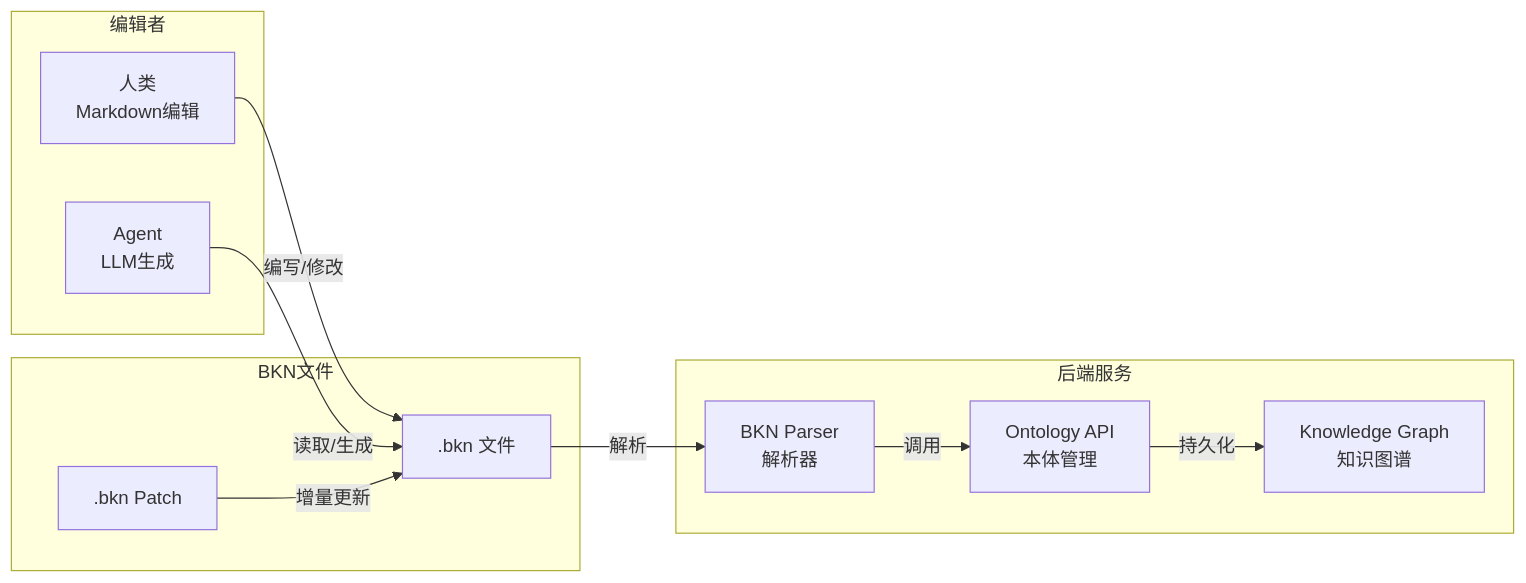
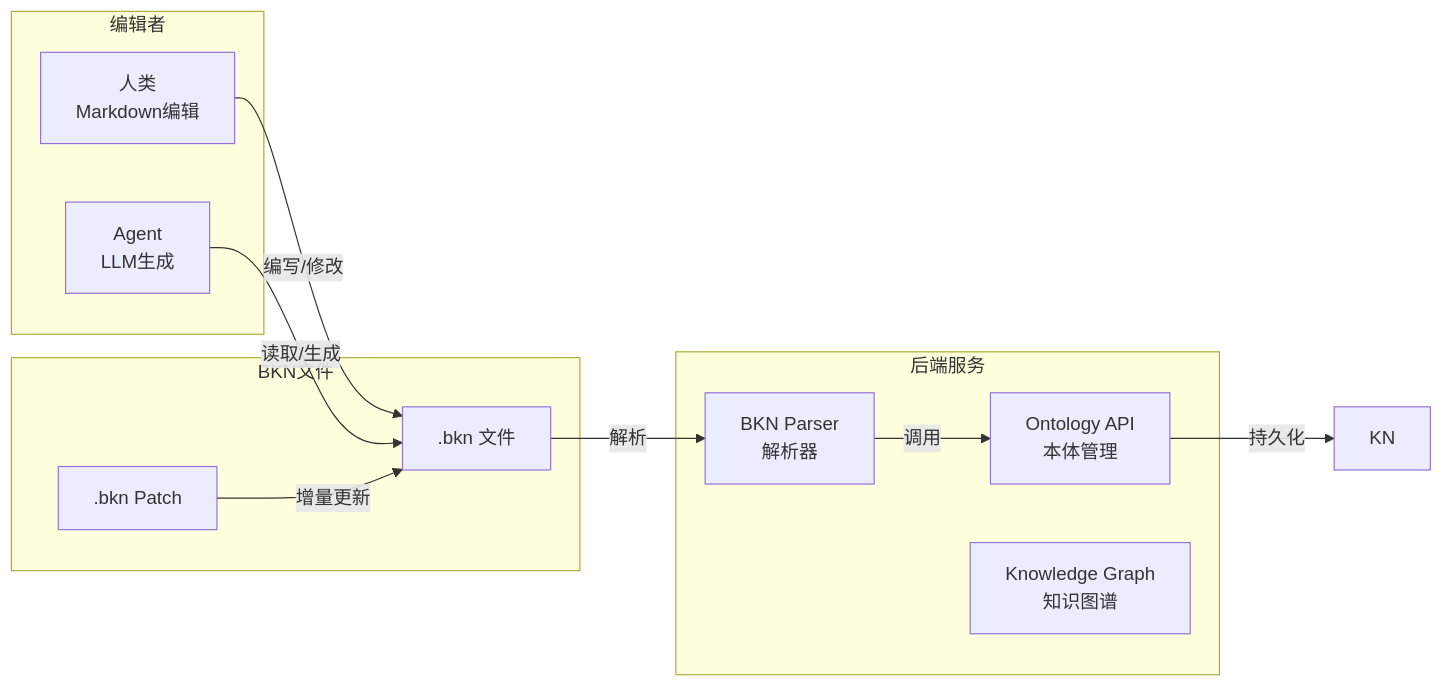
Before and after one commit to kweaver-ai/adp: the second of 6 diagrams in docs/ontology/bkn_docs/ARCHITECTURE.md, drawn with Mermaid. The commit also changed 7 other files, not shown here.

````diff
--- a/docs/ontology/bkn_docs/ARCHITECTURE.md
+++ b/docs/ontology/bkn_docs/ARCHITECTURE.md
@@ -59,25 +59,25 @@
 ```mermaid
 flowchart LR
     subgraph Editors["编辑者"]
         Human["人类<br/>Markdown编辑"]
         Agent["Agent<br/>LLM生成"]
     end
     
     subgraph Files["BKN文件"]
         BKNFile[".bkn 文件"]
         Patch[".bkn Patch"]
     end
     
     subgraph Backend["后端服务"]
         Parser["BKN Parser<br/>解析器"]
         API["Ontology API<br/>本体管理"]
         KG["Knowledge Graph<br/>知识图谱"]
     end
     
     Human -->|编写/修改| BKNFile
     Agent -->|读取/生成| BKNFile
     Patch -->|增量更新| BKNFile
     BKNFile -->|解析| Parser
     Parser -->|调用| API
-    API -->|持久化| KG
+    API -->|持久化| KN
 ```
````
